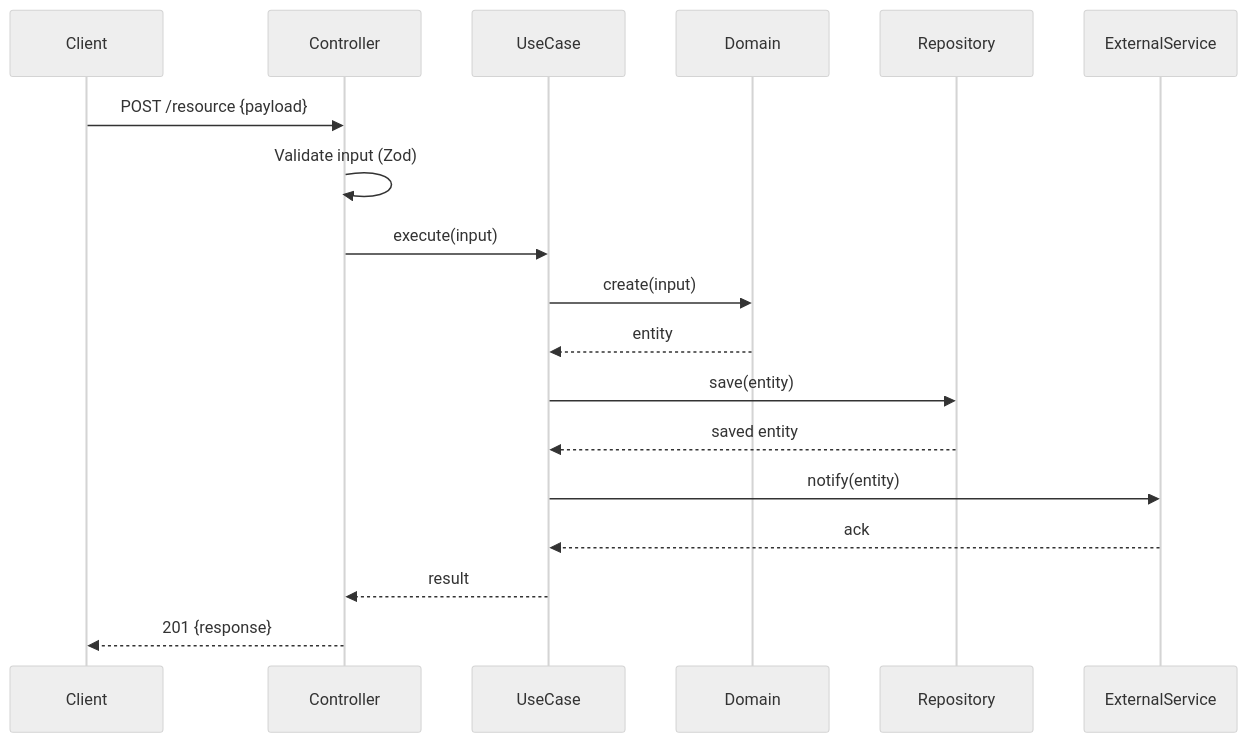
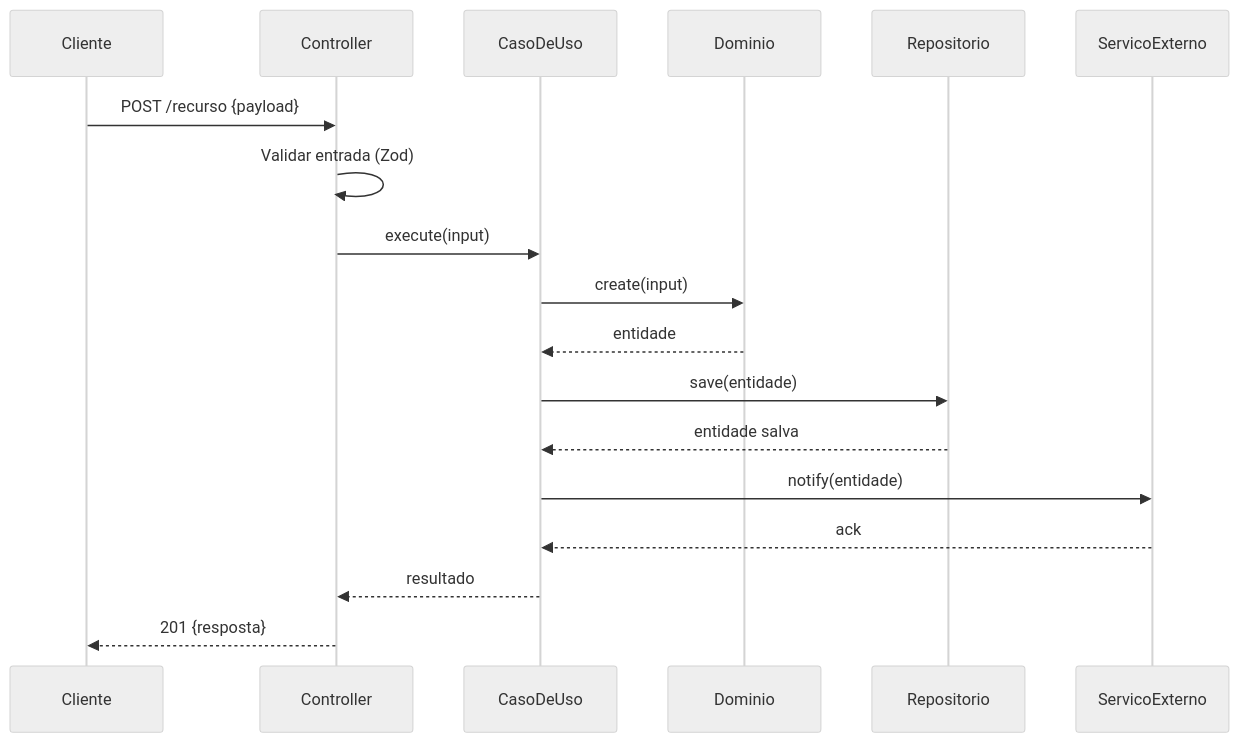
The first of 2 diagrams in spec-driven-development/references/design-template.md (wfercosta/agent-skill-spec-driven-development), drawn with Mermaid (neutral theme) before and after one commit. The commit also changed other lines of this file and 21 other files, not shown here.

````diff
--- a/spec-driven-development/references/design-template.md
+++ b/spec-driven-development/references/design-template.md
@@ -82,21 +82,21 @@
 ```mermaid
 sequenceDiagram
-    participant Client
+    participant Cliente
     participant Controller
-    participant UseCase
-    participant Domain
-    participant Repository
-    participant ExternalService
+    participant CasoDeUso
+    participant Dominio
+    participant Repositorio
+    participant ServicoExterno
 
-    Client->>Controller: POST /resource {payload}
-    Controller->>Controller: Validate input (Zod)
-    Controller->>UseCase: execute(input)
-    UseCase->>Domain: create(input)
-    Domain-->>UseCase: entity
-    UseCase->>Repository: save(entity)
-    Repository-->>UseCase: saved entity
-    UseCase->>ExternalService: notify(entity)
-    ExternalService-->>UseCase: ack
-    UseCase-->>Controller: result
-    Controller-->>Client: 201 {response}
+    Cliente->>Controller: POST /recurso {payload}
+    Controller->>Controller: Validar entrada (Zod)
+    Controller->>CasoDeUso: execute(input)
+    CasoDeUso->>Dominio: create(input)
+    Dominio-->>CasoDeUso: entidade
+    CasoDeUso->>Repositorio: save(entidade)
+    Repositorio-->>CasoDeUso: entidade salva
+    CasoDeUso->>ServicoExterno: notify(entidade)
+    ServicoExterno-->>CasoDeUso: ack
+    CasoDeUso-->>Controller: resultado
+    Controller-->>Cliente: 201 {resposta}
 ```
````
